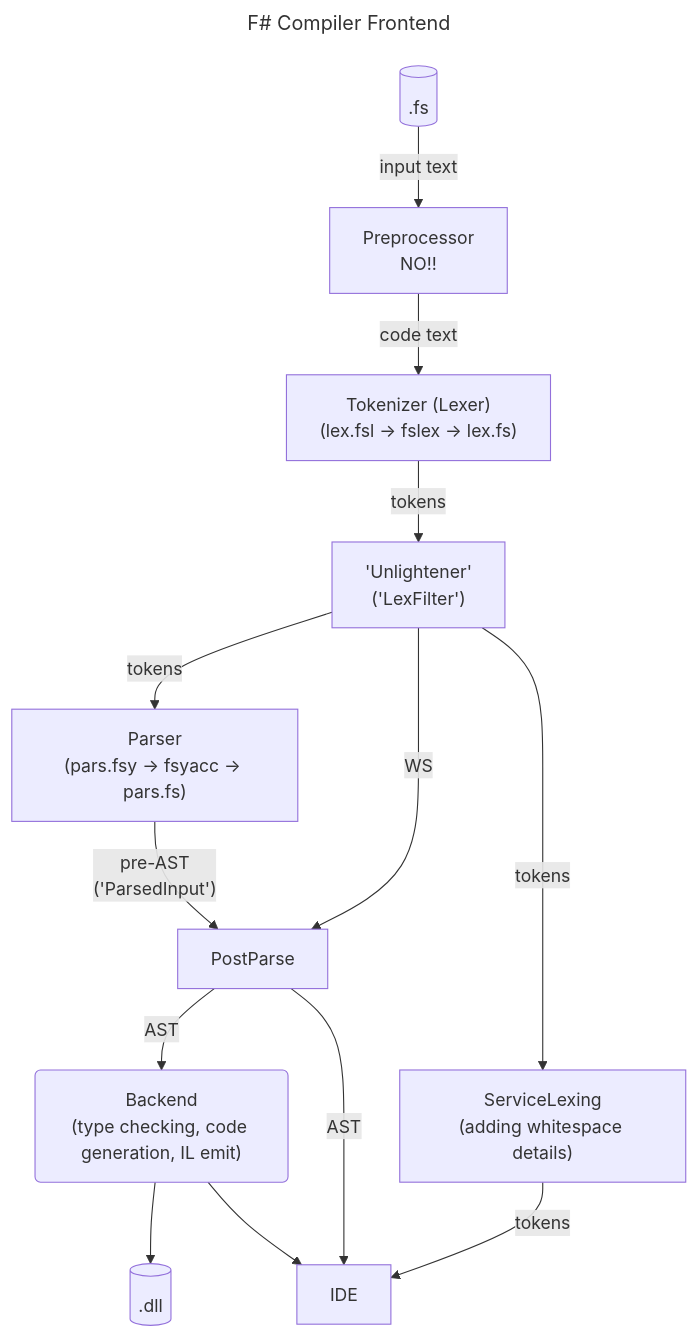
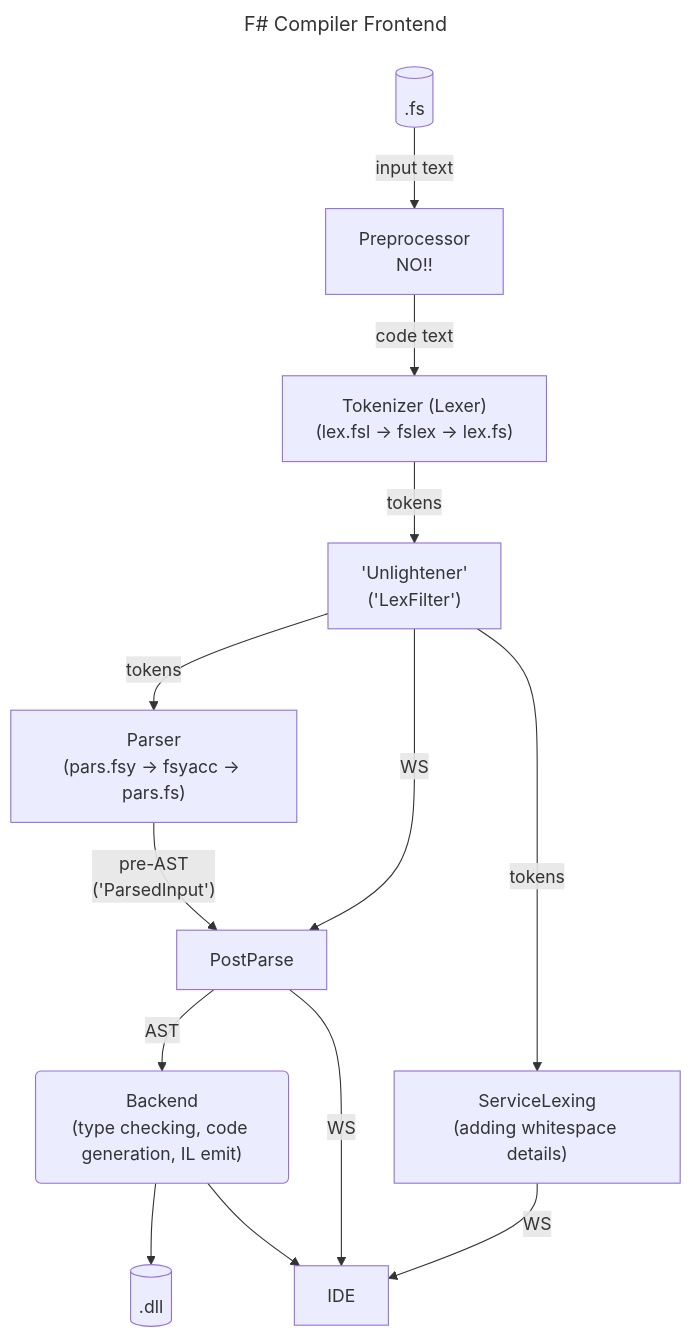
One commit to Martin521/Review18049 changed the diagram in CompilerFlowChart.md. Above: the diagram before and after it, drawn with Mermaid.

````diff
--- a/CompilerFlowChart.md
+++ b/CompilerFlowChart.md
@@ -1,33 +1,33 @@
 ```mermaid
 ---
 title: F# Compiler Frontend
 ---
 graph TB
   A[(.fs)]
     -- input text --> 
   Pre["`Preprocessor
     NO!!`"]
     -- code text -->
   T["`Tokenizer (Lexer)
     (lex.fsl -> fslex -> lex.fs)`"]
     -- tokens -->
   U["`'Unlightener'
     ('LexFilter')`"]
     -- tokens -->
   P["`Parser
     (pars.fsy -> fsyacc -> pars.fs)`"]
     -- "`pre-AST
     ('ParsedInput')`" -->
   PostParse -- AST -->
   B("`Backend
     (type checking, code generation, IL emit)`")
     --> E[(.dll)]
   U -- WS --> PostParse
   U -- tokens -->
   S["`ServiceLexing
     (adding whitespace details)`"]
-    -- tokens -->
+    -- WS -->
   IDE
   B --> IDE
-  PostParse -- AST --> IDE
+  PostParse -- WS --> IDE
 ```
````
